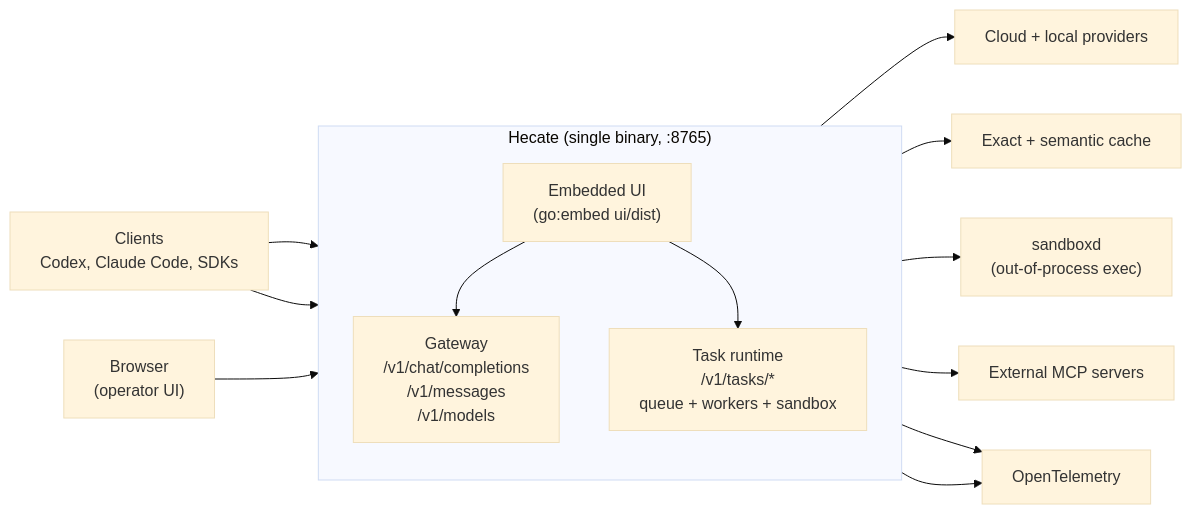
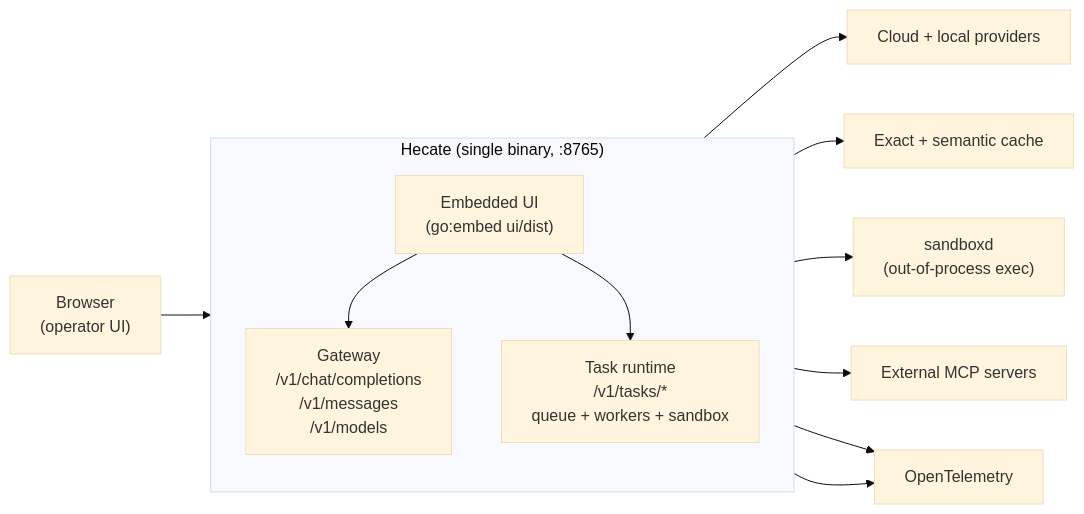
One commit to hecatehq/hecate changed the diagram in README.md. Above: the diagram before and after it, drawn with Mermaid (base theme). The commit also changed other lines of this file and 3 other files, not shown here.

````diff
--- a/README.md
+++ b/README.md
@@ -148,25 +141,22 @@
 ```mermaid
 flowchart LR
-    Clients["Clients<br/>Codex, Claude Code, SDKs"]
     Browser["Browser<br/>(operator UI)"]
 
     subgraph Hecate["Hecate (single binary, :8765)"]
         direction TB
         Gateway["Gateway<br/>/v1/chat/completions<br/>/v1/messages<br/>/v1/models"]
         Runtime["Task runtime<br/>/v1/tasks/*<br/>queue + workers + sandbox"]
         UI["Embedded UI<br/>(go:embed ui/dist)"]
     end
 
-    Clients --> Gateway
-    Clients --> Runtime
     Browser --> UI
     UI --> Gateway
     UI --> Runtime
 
     Gateway --> Providers["Cloud + local providers"]
     Gateway --> Cache["Exact + semantic cache"]
     Runtime --> Sandbox["sandboxd<br/>(out-of-process exec)"]
     Runtime --> MCP["External MCP servers"]
     Gateway --> OTel["OpenTelemetry"]
     Runtime --> OTel
 ```
````
